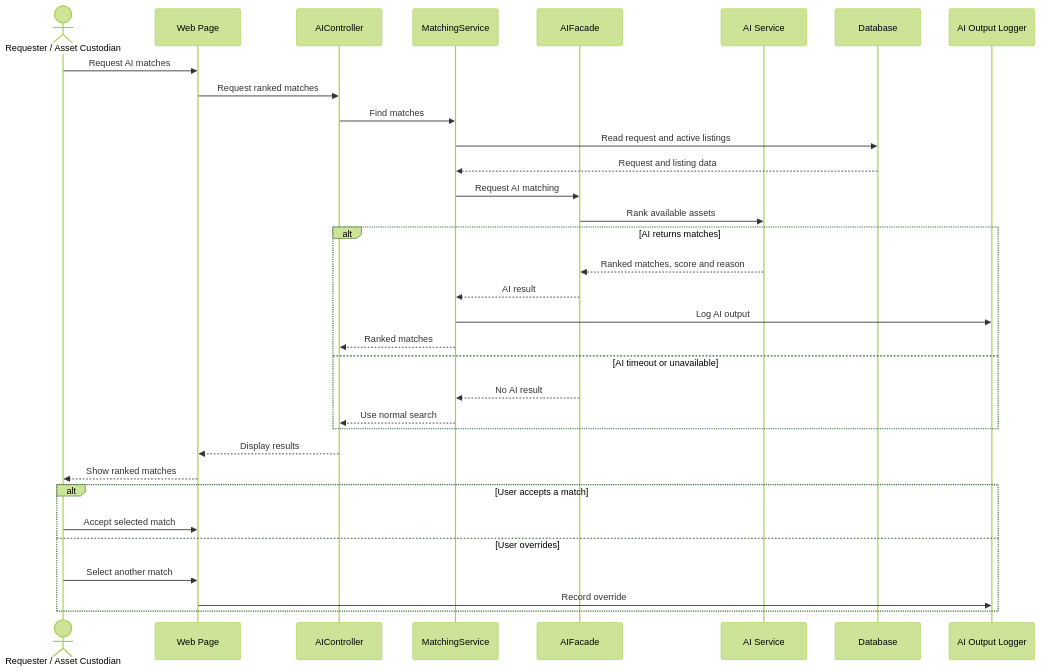
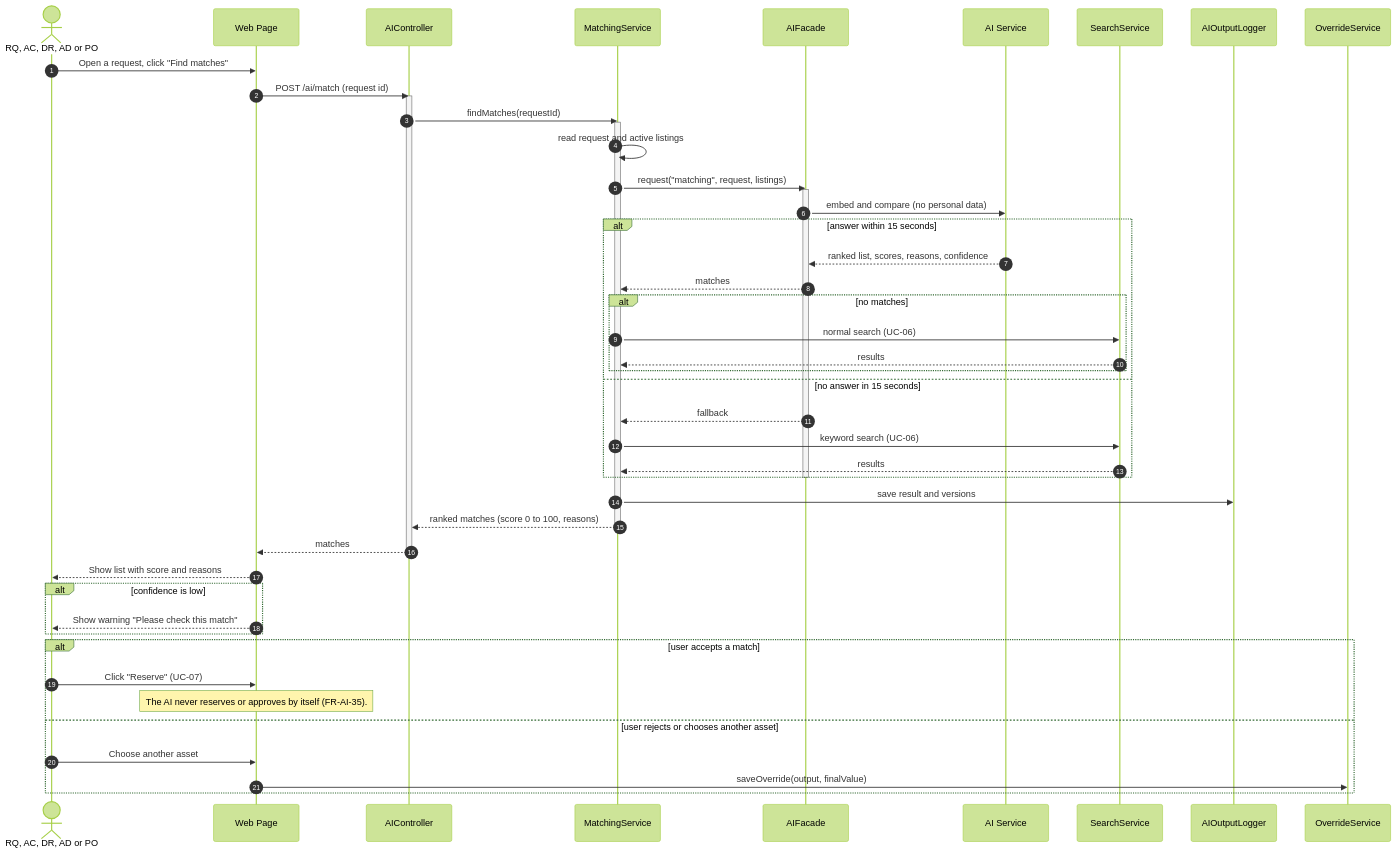
The second of 12 diagrams in phase 4-5/04_part4_ai_and_sustainability.md (Abdulla66541/COSC336-GROUP5), drawn with Mermaid (forest theme) before and after one commit. The commit also changed other lines of this file, not shown here.

````diff
--- a/phase 4-5/04_part4_ai_and_sustainability.md
+++ b/phase 4-5/04_part4_ai_and_sustainability.md
@@ -91,39 +79,58 @@
 ```mermaid
 sequenceDiagram
-    actor U as Requester / Asset Custodian
+    autonumber
+    actor U as RQ, AC, DR, AD or PO
     participant UI as Web Page
-    participant AIC as AIController
-    participant MS as MatchingService
-    participant AF as AIFacade
-    participant AI as AI Service
-    participant DB as Database
-    participant LOG as AI Output Logger
+    participant AIController
+    participant MatchingService
+    participant AIFacade
+    participant AIService as AI Service
+    participant SearchService
+    participant Log as AIOutputLogger
+    participant OverrideService
 
-    U->>UI: Request AI matches
-    UI->>AIC: Request ranked matches
-    AIC->>MS: Find matches
-    MS->>DB: Read request and active listings
-    DB-->>MS: Request and listing data
-    MS->>AF: Request AI matching
-    AF->>AI: Rank available assets
+    U->>UI: Open a request, click "Find matches"
+    UI->>AIController: POST /ai/match (request id)
+    activate AIController
+    AIController->>MatchingService: findMatches(requestId)
+    activate MatchingService
+    MatchingService->>MatchingService: read request and active listings
+    MatchingService->>AIFacade: request("matching", request, listings)
+    activate AIFacade
+    AIFacade->>AIService: embed and compare (no personal data)
 
-    alt AI returns matches
-        AI-->>AF: Ranked matches, score and reason
-        AF-->>MS: AI result
-        MS->>LOG: Log AI output
-        MS-->>AIC: Ranked matches
-    else AI timeout or unavailable
-        AF-->>MS: No AI result
-        MS-->>AIC: Use normal search
+    alt answer within 15 seconds
+        AIService-->>AIFacade: ranked list, scores, reasons, confidence
+        AIFacade-->>MatchingService: matches
+
+        alt no matches
+            MatchingService->>SearchService: normal search (UC-06)
+            SearchService-->>MatchingService: results
+        end
+
+    else no answer in 15 seconds
+        AIFacade-->>MatchingService: fallback
+        MatchingService->>SearchService: keyword search (UC-06)
+        SearchService-->>MatchingService: results
     end
 
-    AIC-->>UI: Display results
-    UI-->>U: Show ranked matches
+    deactivate AIFacade
+    MatchingService->>Log: save result and versions
+    MatchingService-->>AIController: ranked matches (score 0 to 100, reasons)
+    deactivate MatchingService
+    AIController-->>UI: matches
+    deactivate AIController
+    UI-->>U: Show list with score and reasons
 
-    alt User accepts a match
-        U->>UI: Accept selected match
-    else User overrides
-        U->>UI: Select another match
-        UI->>LOG: Record override
+    alt confidence is low
+        UI-->>U: Show warning "Please check this match"
+    end
+
+    alt user accepts a match
+        U->>UI: Click "Reserve" (UC-07)
+        Note over UI: The AI never reserves or approves by itself (FR-AI-35).
+    else user rejects or chooses another asset
+        U->>UI: Choose another asset
+        UI->>OverrideService: saveOverride(output, finalValue)
     end
 ```
````
